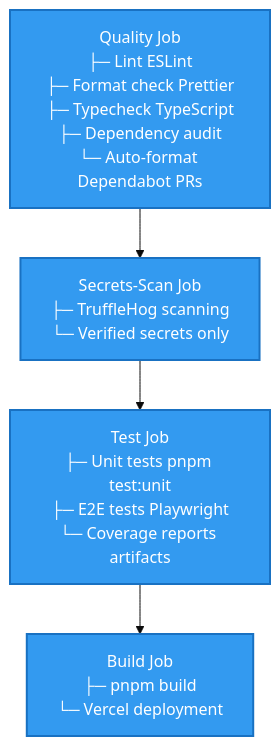
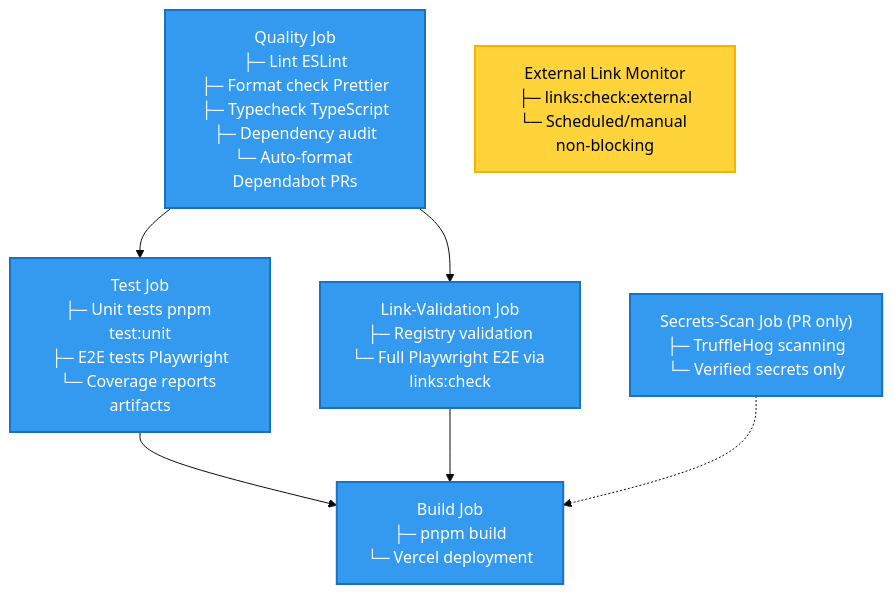
Before and after one commit to bryce-seefieldt/portfolio-docs: the diagram in docs/30-devops-platform/ci-cd-pipeline-overview.md, drawn with Mermaid (base theme). The commit also changed other lines of this file and 10 other files, not shown here.

Commit message:
docs(testing): align deterministic E2E vs external link monitor guidance

````diff
--- a/docs/30-devops-platform/ci-cd-pipeline-overview.md
+++ b/docs/30-devops-platform/ci-cd-pipeline-overview.md
@@ -37,16 +39,22 @@
 ```mermaid
 graph TB
    Quality["Quality Job<br/>├─ Lint ESLint<br/>├─ Format check Prettier<br/>├─ Typecheck TypeScript<br/>├─ Dependency audit<br/>└─ Auto-format Dependabot PRs"]
-    Secrets["Secrets-Scan Job<br/>├─ TruffleHog scanning<br/>└─ Verified secrets only"]
+   Secrets["Secrets-Scan Job (PR only)<br/>├─ TruffleHog scanning<br/>└─ Verified secrets only"]
     Test["Test Job<br/>├─ Unit tests pnpm test:unit<br/>├─ E2E tests Playwright<br/>└─ Coverage reports artifacts"]
+   LinkValidation["Link-Validation Job<br/>├─ Registry validation<br/>└─ Full Playwright E2E via links:check"]
     Build["Build Job<br/>├─ pnpm build<br/>└─ Vercel deployment"]
+   ExternalMonitor["External Link Monitor<br/>├─ links:check:external<br/>└─ Scheduled/manual non-blocking"]
 
-    Quality --> Secrets
-    Secrets --> Test
-    Test --> Build
+   Quality --> Test
+   Quality --> LinkValidation
+   Test --> Build
+   LinkValidation --> Build
+   Secrets -.-> Build
 
     style Quality fill:#339af0,stroke:#1971c2,stroke-width:2px,color:#fff
     style Secrets fill:#339af0,stroke:#1971c2,stroke-width:2px,color:#fff
     style Test fill:#339af0,stroke:#1971c2,stroke-width:2px,color:#fff
+   style LinkValidation fill:#339af0,stroke:#1971c2,stroke-width:2px,color:#fff
     style Build fill:#339af0,stroke:#1971c2,stroke-width:2px,color:#fff
+   style ExternalMonitor fill:#ffd43b,stroke:#fab005,stroke-width:2px,color:#000
 ```
````
